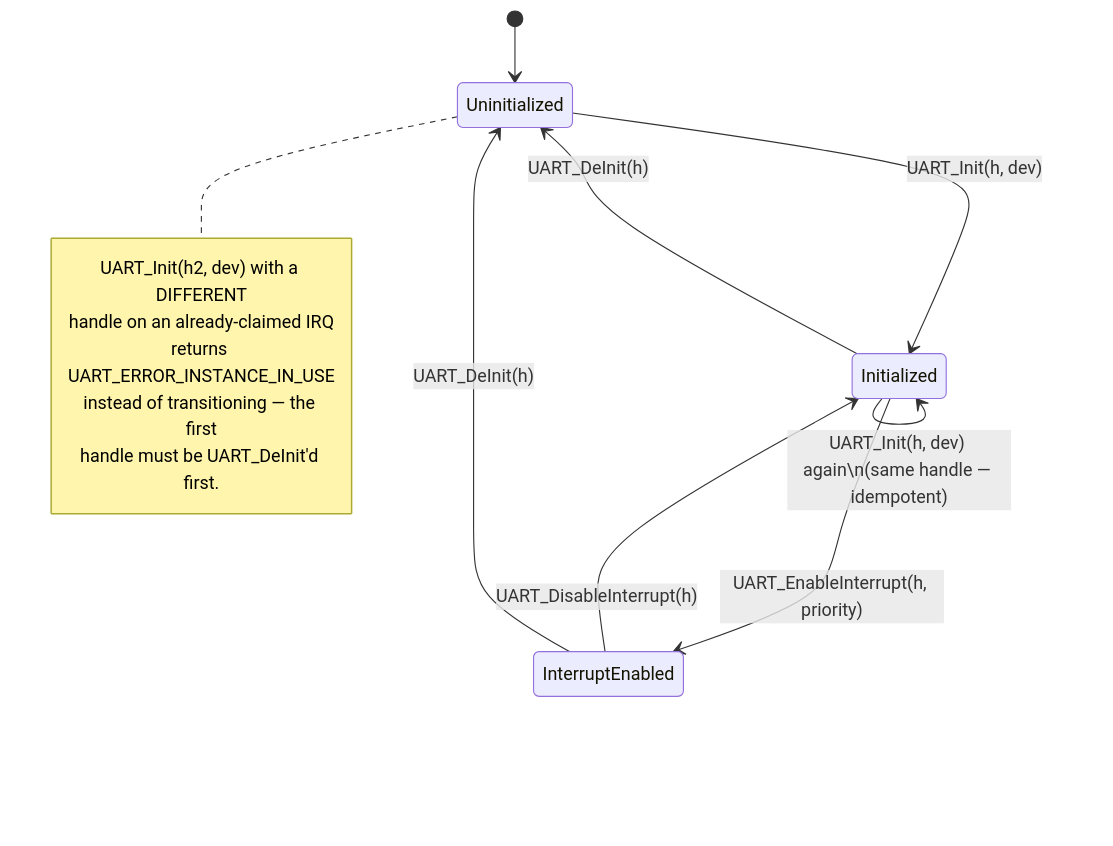
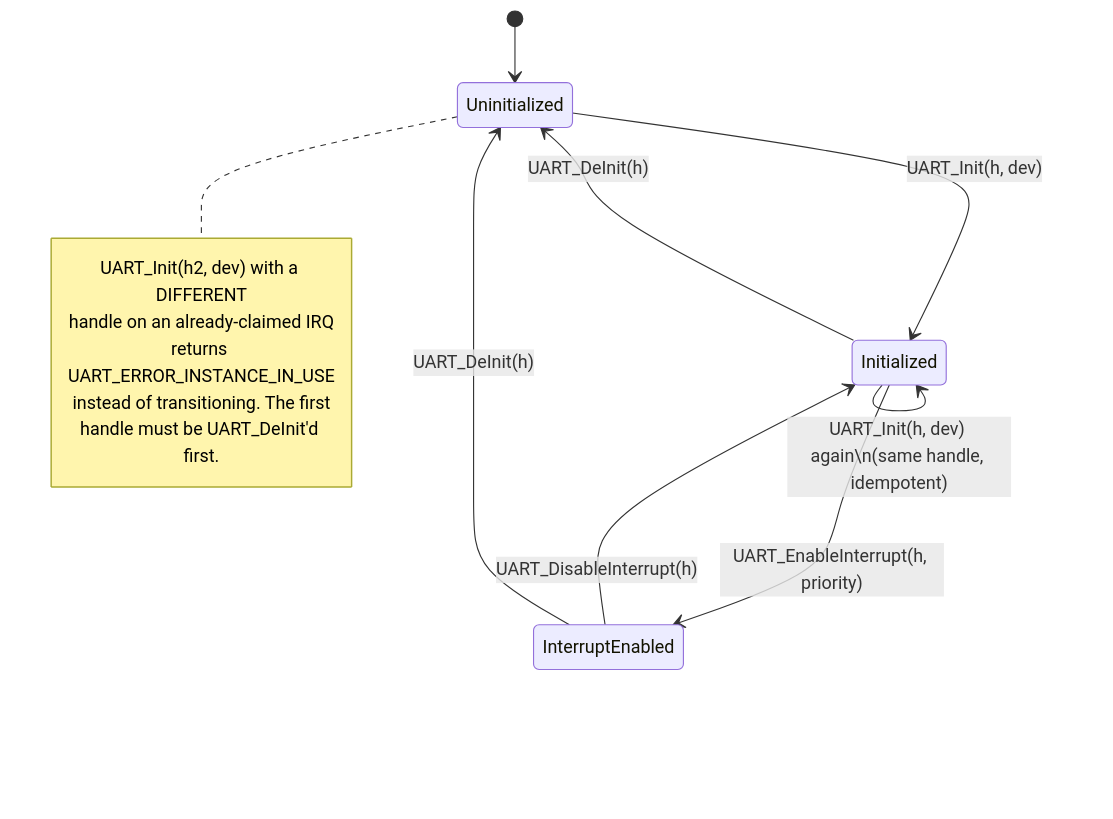
Before and after one commit to laumonceri/stm32-baremetal-drivers: the fourth of 4 diagrams in docs/uart.md, drawn with Mermaid. The commit also changed other lines of this file and 8 other files, not shown here.

````diff
--- a/docs/uart.md
+++ b/docs/uart.md
@@ -157,18 +157,18 @@
 ```mermaid
 stateDiagram-v2
     [*] --> Uninitialized
     Uninitialized --> Initialized: UART_Init(h, dev)
-    Initialized --> Initialized: UART_Init(h, dev) again\n(same handle — idempotent)
+    Initialized --> Initialized: UART_Init(h, dev) again\n(same handle, idempotent)
     Initialized --> InterruptEnabled: UART_EnableInterrupt(h, priority)
     InterruptEnabled --> Initialized: UART_DisableInterrupt(h)
     Initialized --> Uninitialized: UART_DeInit(h)
     InterruptEnabled --> Uninitialized: UART_DeInit(h)
 
     note right of Uninitialized
         UART_Init(h2, dev) with a DIFFERENT
         handle on an already-claimed IRQ
         returns UART_ERROR_INSTANCE_IN_USE
-        instead of transitioning — the first
+        instead of transitioning. The first
         handle must be UART_DeInit'd first.
     end note
 ```
````
